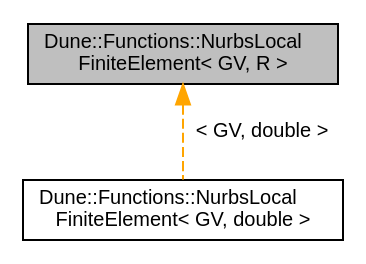
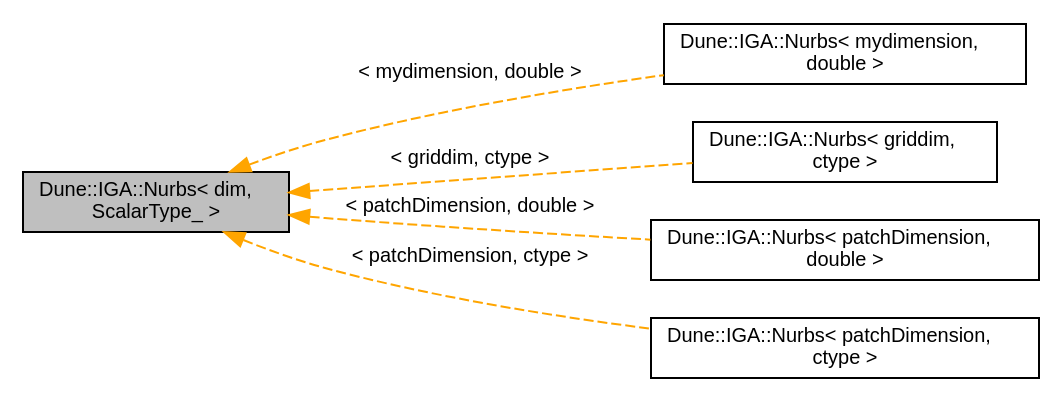
The diagram in d6/df2/a01175.dot (rath3t/dune-iga-doc), drawn with Graphviz before and after one commit. The commit also changed 834 other files, not shown here.

Commit message:
deploy: rath3t/dune-iga@4029b7012355f20c5551990b3dfaf1e790af0da3

```diff
--- a/d6/df2/a01175.dot
+++ b/d6/df2/a01175.dot
@@ -1,9 +1,16 @@
-digraph "Dune::Functions::NurbsLocalFiniteElement&lt; GV, R &gt;"
+digraph "Dune::IGA::Nurbs&lt; dim, ScalarType_ &gt;"
 {
  // LATEX_PDF_SIZE
   edge [fontname="Helvetica",fontsize="10",labelfontname="Helvetica",labelfontsize="10"];
   node [fontname="Helvetica",fontsize="10",shape=record];
-  Node1 [label="Dune::Functions::NurbsLocal\lFiniteElement\< GV, R \>",height=0.2,width=0.4,color="black", fillcolor="grey75", style="filled", fontcolor="black",tooltip="LocalFiniteElement in the sense of dune-localfunctions, for the B-spline basis on tensor-product grid..."];
-  Node1 -> Node2 [dir="back",color="orange",fontsize="10",style="dashed",label=" \< GV, double \>" ,fontname="Helvetica"];
-  Node2 [label="Dune::Functions::NurbsLocal\lFiniteElement\< GV, double \>",height=0.2,width=0.4,color="black", fillcolor="white", style="filled",URL="$d3/d32/a01176.html",tooltip=" "];
+  rankdir="LR";
+  Node1 [label="Dune::IGA::Nurbs\< dim,\l ScalarType_ \>",height=0.2,width=0.4,color="black", fillcolor="grey75", style="filled", fontcolor="black",tooltip="A dim dimensional NURBS function."];
+  Node1 -> Node2 [dir="back",color="orange",fontsize="10",style="dashed",label=" \< mydimension, double \>" ,fontname="Helvetica"];
+  Node2 [label="Dune::IGA::Nurbs\< mydimension,\l double \>",height=0.2,width=0.4,color="black", fillcolor="white", style="filled",URL="$d3/d32/a01176.html",tooltip=" "];
+  Node1 -> Node3 [dir="back",color="orange",fontsize="10",style="dashed",label=" \< griddim, ctype \>" ,fontname="Helvetica"];
+  Node3 [label="Dune::IGA::Nurbs\< griddim,\l ctype \>",height=0.2,width=0.4,color="black", fillcolor="white", style="filled",URL="$d3/d32/a01176.html",tooltip=" "];
+  Node1 -> Node4 [dir="back",color="orange",fontsize="10",style="dashed",label=" \< patchDimension, double \>" ,fontname="Helvetica"];
+  Node4 [label="Dune::IGA::Nurbs\< patchDimension,\l double \>",height=0.2,width=0.4,color="black", fillcolor="white", style="filled",URL="$d3/d32/a01176.html",tooltip=" "];
+  Node1 -> Node5 [dir="back",color="orange",fontsize="10",style="dashed",label=" \< patchDimension, ctype \>" ,fontname="Helvetica"];
+  Node5 [label="Dune::IGA::Nurbs\< patchDimension,\l ctype \>",height=0.2,width=0.4,color="black", fillcolor="white", style="filled",URL="$d3/d32/a01176.html",tooltip=" "];
 }
```
